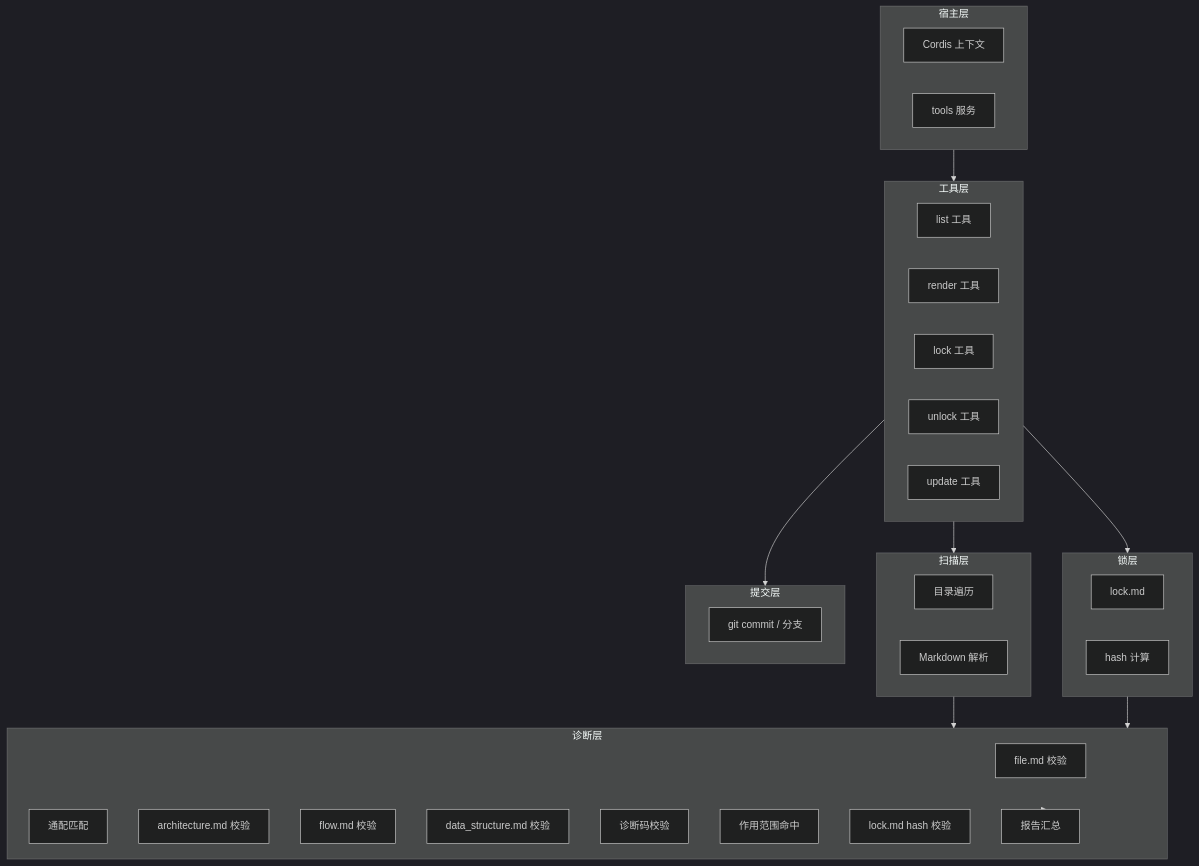
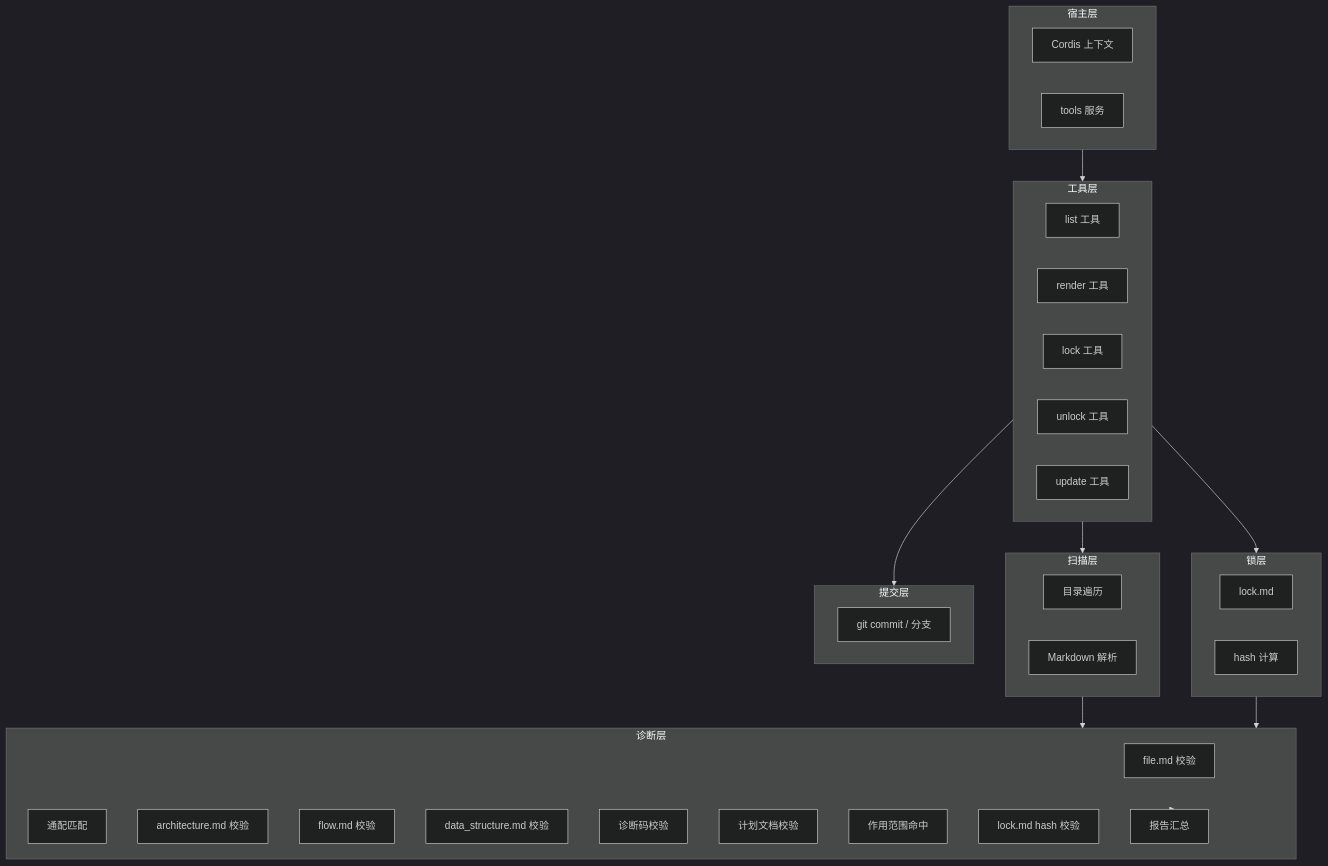
One commit to Cangjier/coder changed the first of 8 diagrams in .coder/design/architecture.md. Above: the diagram before and after it, drawn with Mermaid (dark theme). The commit also changed other lines of this file and 31 other files, not shown here.

````diff
--- a/.coder/design/architecture.md
+++ b/.coder/design/architecture.md
@@ -5,43 +5,44 @@
 ```mermaid
 flowchart TB
   subgraph 宿主层
     cordis["Cordis 上下文"]
     tools["tools 服务"]
   end
   subgraph 工具层
     list["list 工具"]
     render["render 工具"]
     lock["lock 工具"]
     unlock["unlock 工具"]
     update["update 工具"]
   end
   subgraph 扫描层
     walk["目录遍历"]
     parse["Markdown 解析"]
   end
   subgraph 诊断层
     file["file.md 校验"]
     glob["通配匹配"]
     arch["architecture.md 校验"]
     flow["flow.md 校验"]
     data["data_structure.md 校验"]
     diag["诊断码校验"]
+    plan["计划文档校验"]
     scope["作用范围命中"]
     lockHash["lock.md hash 校验"]
     report["报告汇总"]
   end
   subgraph 锁层
     lockFile["lock.md"]
     hash["hash 计算"]
   end
   subgraph 提交层
     git["git commit / 分支"]
   end
   宿主层 --> 工具层
   工具层 --> 扫描层
   工具层 --> 锁层
   工具层 --> 提交层
   扫描层 --> 诊断层
   锁层 --> 诊断层
   诊断层 --> report
 ```
````
